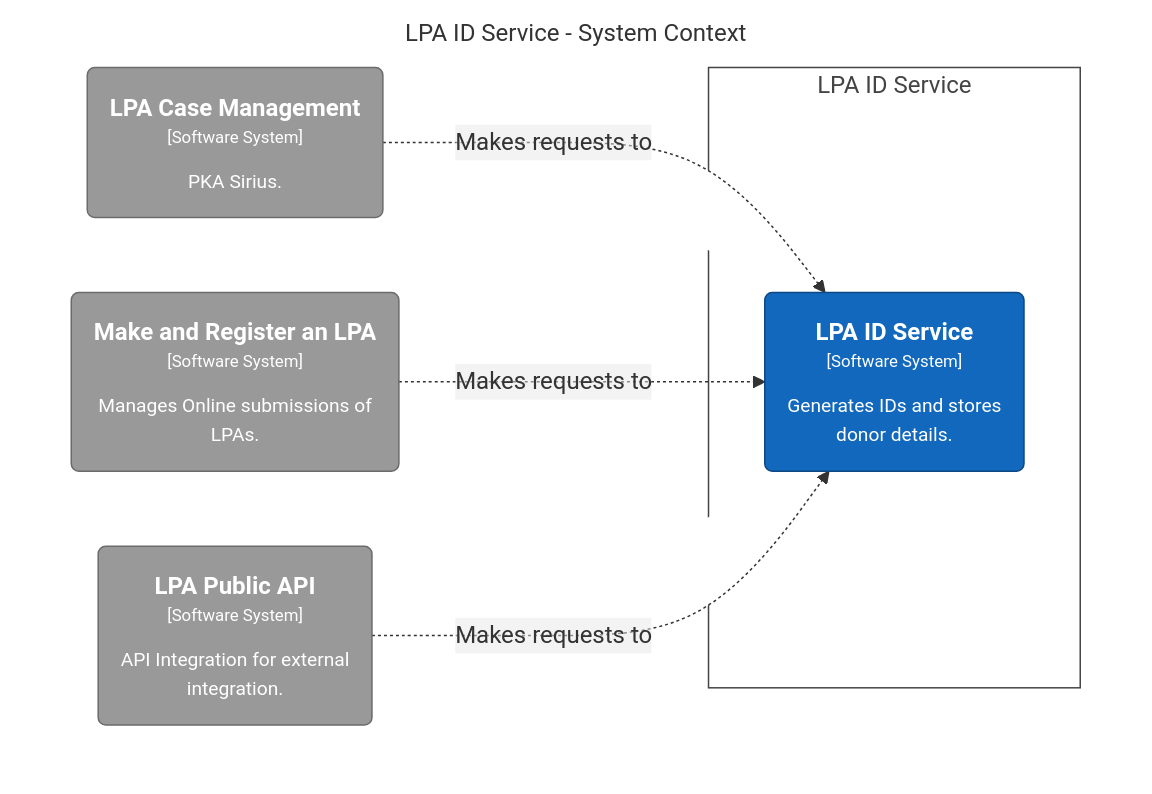
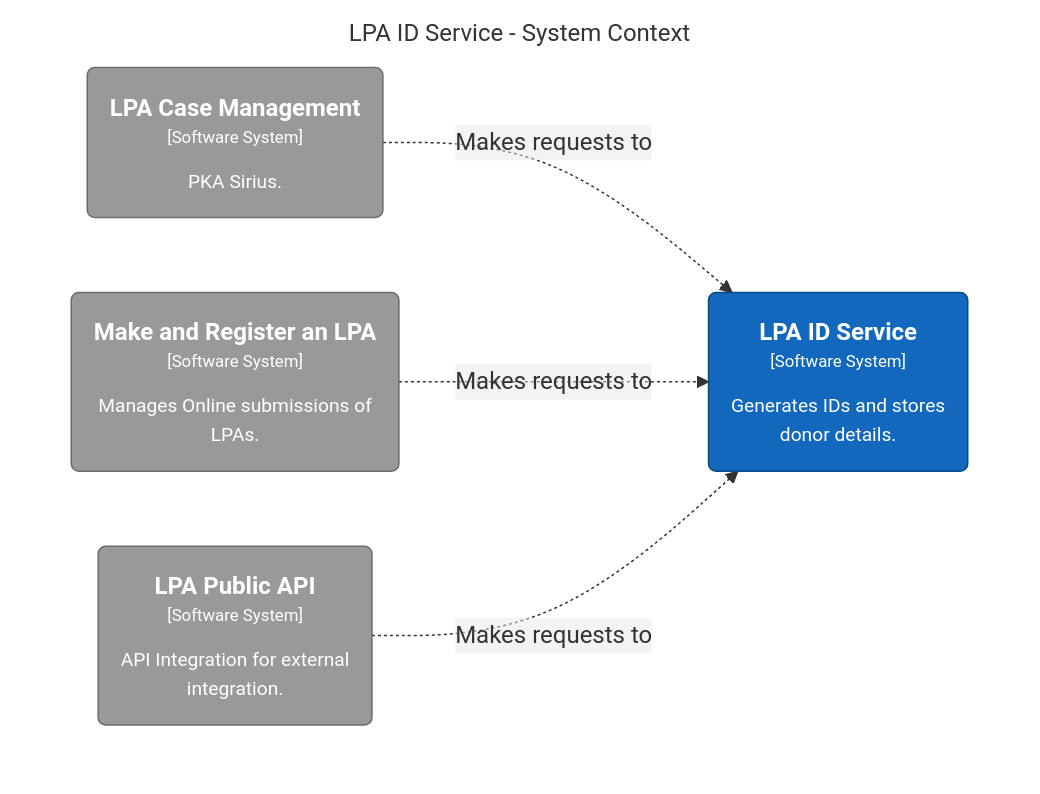
Before and after one commit to ministryofjustice/opg-data-lpa-uid: the diagram in docs/architecture/dsl/local/structurizr-1-SystemContext.mmd, drawn with Mermaid. The commit also changed 4 other files, not shown here.

Commit message:
Move lpaIDSoftwareSystem to own DSL

```diff
--- a/docs/architecture/dsl/local/structurizr-1-SystemContext.mmd
+++ b/docs/architecture/dsl/local/structurizr-1-SystemContext.mmd
@@ -1,24 +1,19 @@
 graph TB
   linkStyle default fill:#ffffff
 
   subgraph diagram [LPA ID Service - System Context]
     style diagram fill:#ffffff,stroke:#ffffff
-
-    subgraph enterprise [LPA ID Service]
-      style enterprise fill:#ffffff,stroke:#444444,color:#444444
-
-      7("<div style='font-weight: bold'>LPA ID Service</div><div style='font-size: 70%; margin-top: 0px'>[Software System]</div><div style='font-size: 80%; margin-top:10px'>Generates IDs and stores<br />donor details.</div>")
-      style 7 fill:#1168bd,stroke:#0b4884,color:#ffffff
-    end
 
     4("<div style='font-weight: bold'>LPA Case Management</div><div style='font-size: 70%; margin-top: 0px'>[Software System]</div><div style='font-size: 80%; margin-top:10px'>PKA Sirius.</div>")
     style 4 fill:#999999,stroke:#6b6b6b,color:#ffffff
     5("<div style='font-weight: bold'>Make and Register an LPA</div><div style='font-size: 70%; margin-top: 0px'>[Software System]</div><div style='font-size: 80%; margin-top:10px'>Manages Online submissions of<br />LPAs.</div>")
     style 5 fill:#999999,stroke:#6b6b6b,color:#ffffff
     6("<div style='font-weight: bold'>LPA Public API</div><div style='font-size: 70%; margin-top: 0px'>[Software System]</div><div style='font-size: 80%; margin-top:10px'>API Integration for external<br />integration.</div>")
     style 6 fill:#999999,stroke:#6b6b6b,color:#ffffff
+    7("<div style='font-weight: bold'>LPA ID Service</div><div style='font-size: 70%; margin-top: 0px'>[Software System]</div><div style='font-size: 80%; margin-top:10px'>Generates IDs and stores<br />donor details.</div>")
+    style 7 fill:#1168bd,stroke:#0b4884,color:#ffffff
 
     4-. "<div>Makes requests to</div><div style='font-size: 70%'></div>" .->7
     5-. "<div>Makes requests to</div><div style='font-size: 70%'></div>" .->7
     6-. "<div>Makes requests to</div><div style='font-size: 70%'></div>" .->7
   end
```
